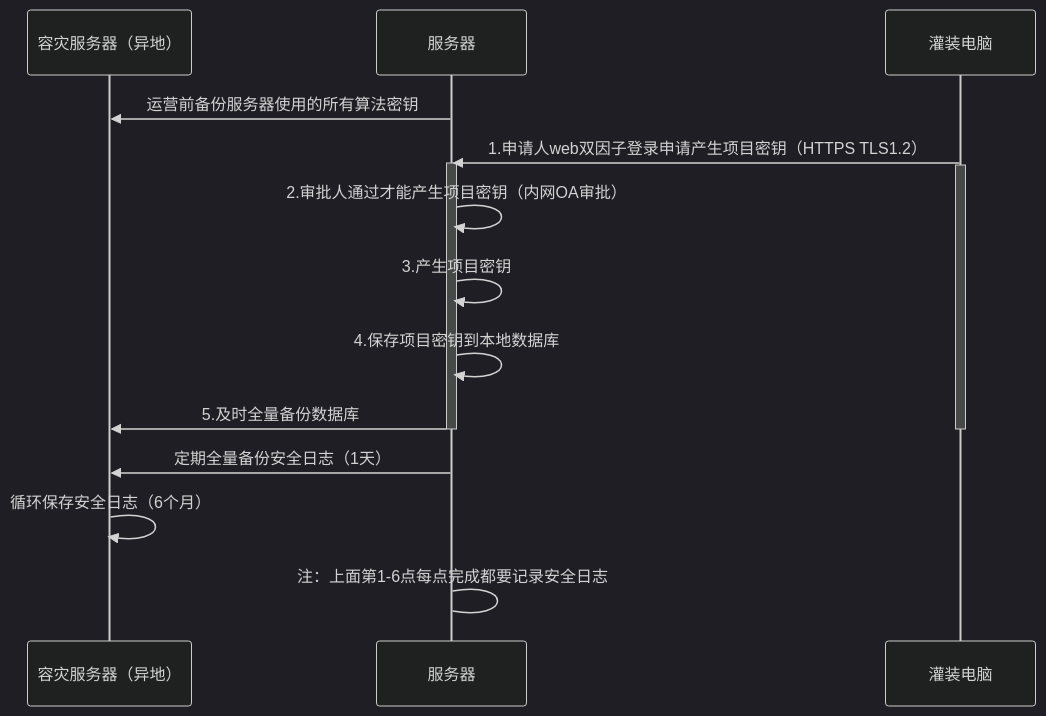
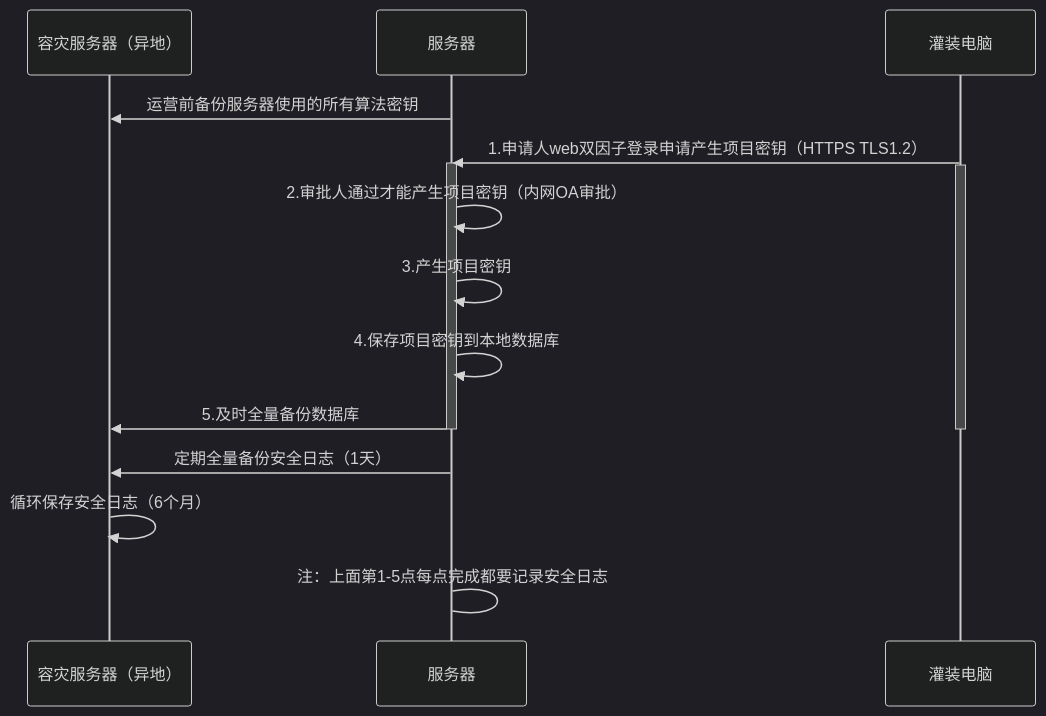
Before and after one commit to facebook-cloud/iodraw-files: the diagram in all/未命名-23.md, drawn with Mermaid (dark theme).

Commit message:
2026-04-15 16:37:13 update

````diff
--- a/all/未命名-23.md
+++ b/all/未命名-23.md
@@ -1,27 +1,26 @@
 ```mermaid
 sequenceDiagram
     participant A as 容灾服务器（异地）
     participant B as 服务器
     participant D as 灌装电脑
 
     B->>A: 运营前备份服务器使用的所有算法密钥
     D->>B: 1.申请人web双因子登录申请产生项目密钥（HTTPS TLS1.2）
     activate B
     activate D
     B->>B: 2.审批人通过才能产生项目密钥（内网OA审批）
     B->>B: 3.产生项目密钥
     B->>B: 4.保存项目密钥到本地数据库
     B->>A: 5.及时全量备份数据库
 
     deactivate B
     deactivate D
 
     B->>A: 定期全量备份安全日志（1天）
     A->>A: 循环保存安全日志（6个月）
     
-
-    B->B: 注：上面第1-6点每点完成都要记录安全日志
+    B->B: 注：上面第1-5点每点完成都要记录安全日志
 
     
 
 ```
````
